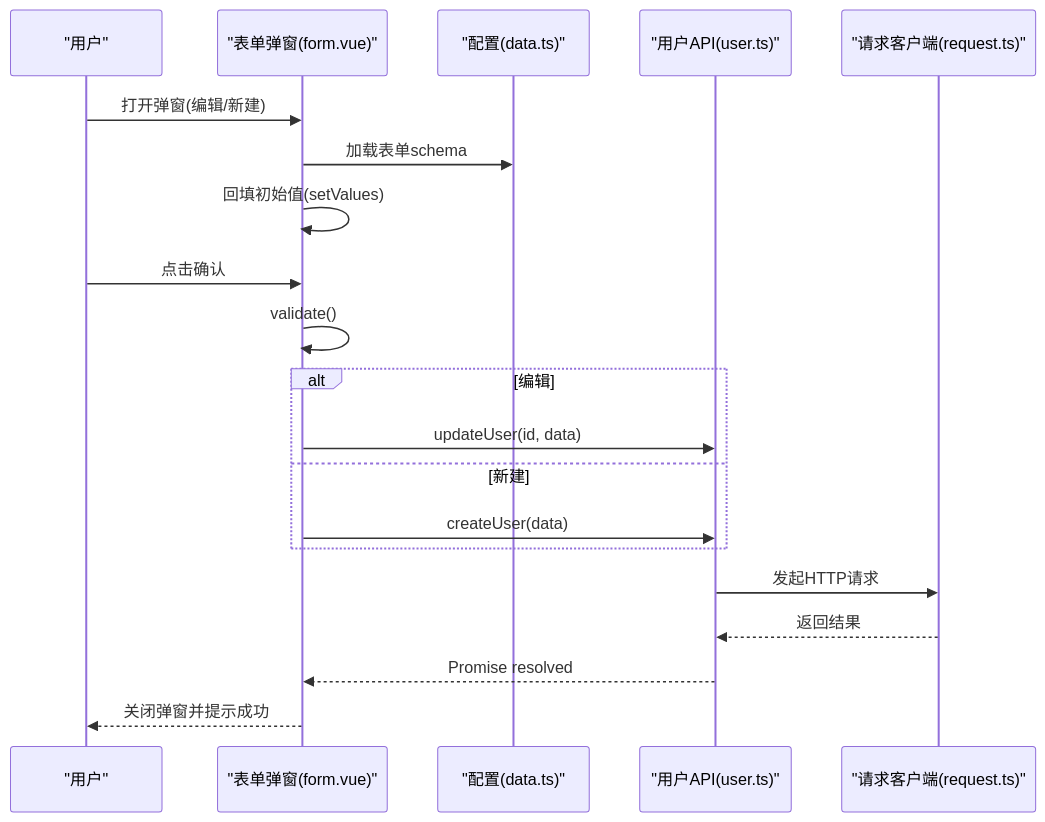
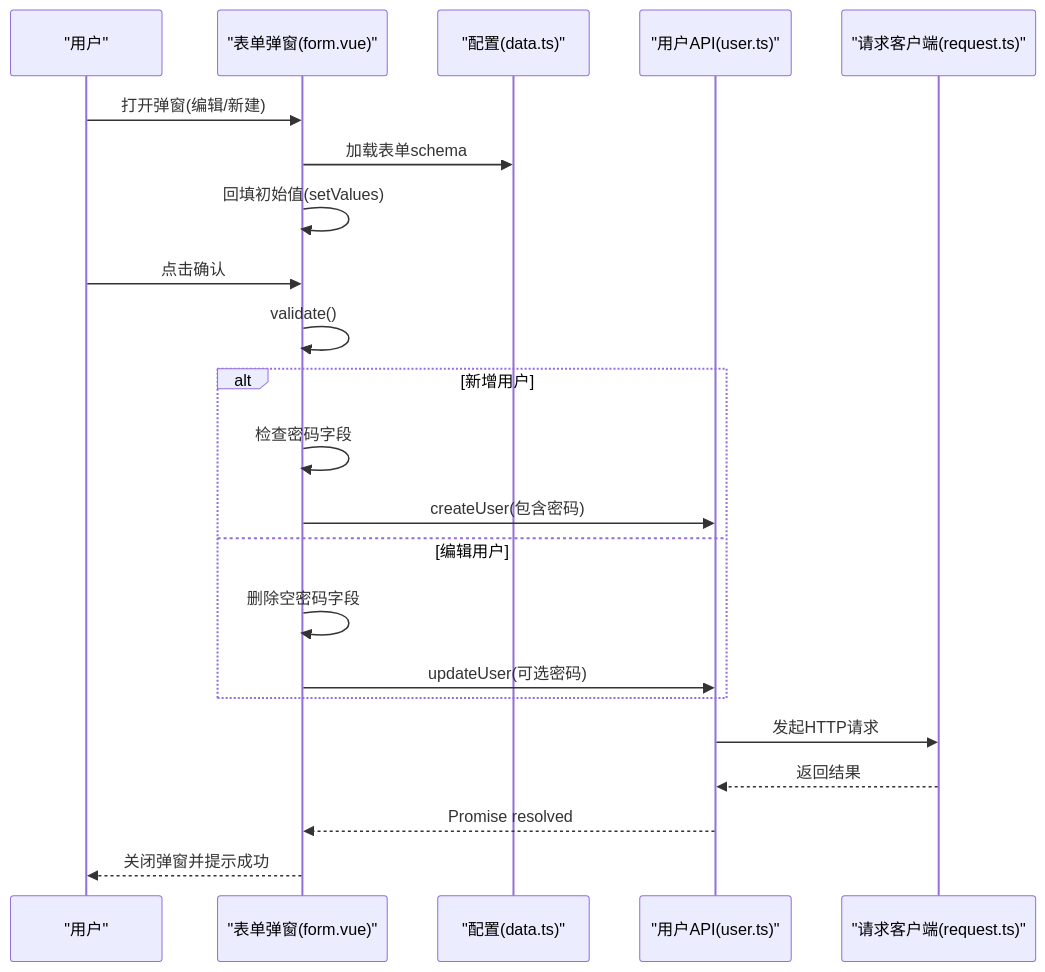
The fourth of 7 diagrams in .qoder/repowiki/zh/content/业务模块/用户管理.md (ShiRuYu/shiyu-ui), drawn with Mermaid before and after one commit. The commit also changed other lines of this file and 37 other files, not shown here.

````diff
--- a/.qoder/repowiki/zh/content/业务模块/用户管理.md
+++ b/.qoder/repowiki/zh/content/业务模块/用户管理.md
@@ -215,22 +237,24 @@
 ```mermaid
 sequenceDiagram
 participant U as "用户"
 participant M as "表单弹窗(form.vue)"
 participant C as "配置(data.ts)"
 participant A as "用户API(user.ts)"
 participant Q as "请求客户端(request.ts)"
 U->>M : 打开弹窗(编辑/新建)
 M->>C : 加载表单schema
 M->>M : 回填初始值(setValues)
 U->>M : 点击确认
 M->>M : validate()
-alt 编辑
-M->>A : updateUser(id, data)
-else 新建
-M->>A : createUser(data)
+alt 新增用户
+M->>M : 检查密码字段
+M->>A : createUser(包含密码)
+else 编辑用户
+M->>M : 删除空密码字段
+M->>A : updateUser(可选密码)
 end
 A->>Q : 发起HTTP请求
 Q-->>A : 返回结果
 A-->>M : Promise resolved
 M-->>U : 关闭弹窗并提示成功
 ```
````
